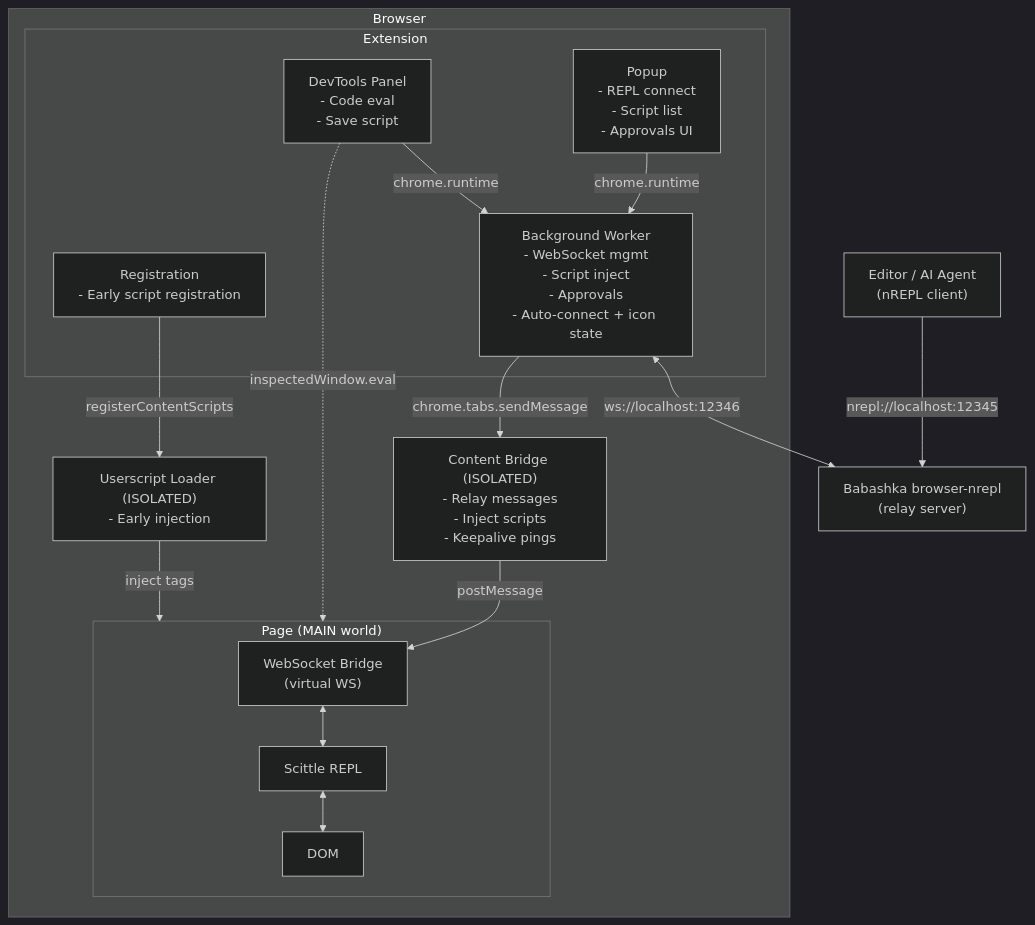
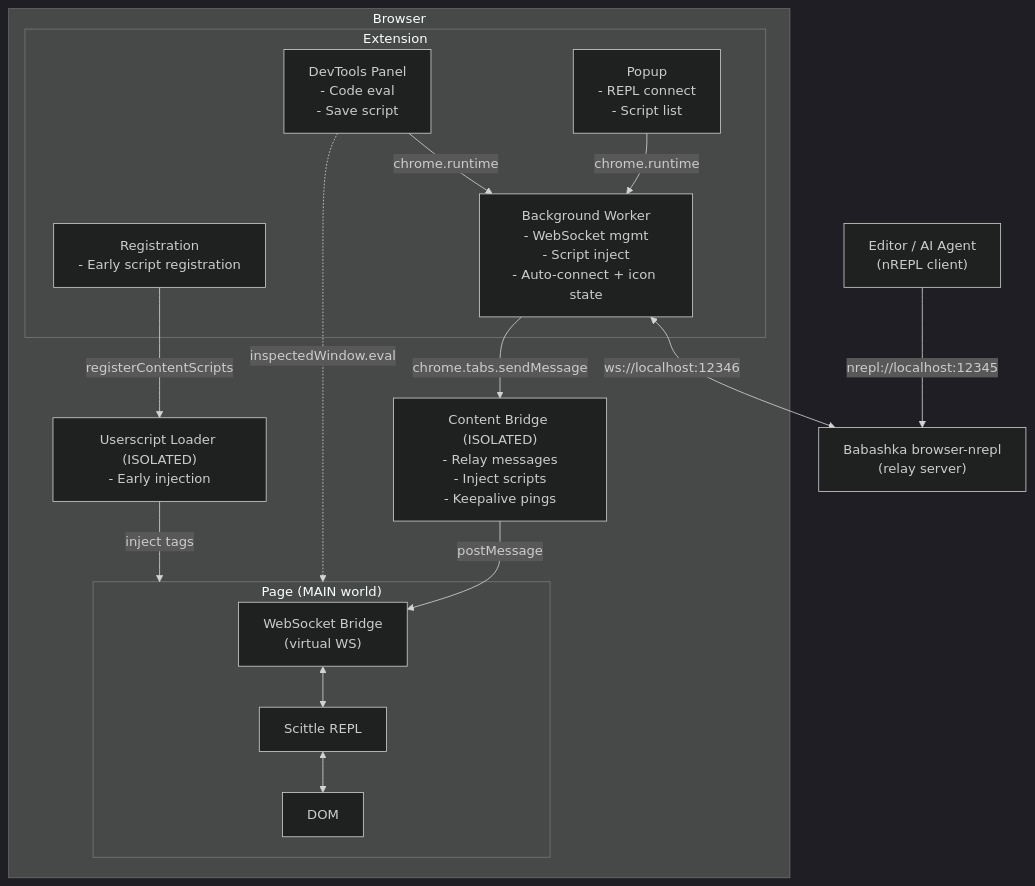
One commit to PEZ/epupp changed the diagram in dev/docs/architecture.md. Above: the diagram before and after it, drawn with Mermaid (dark theme). The commit also changed 15 other files, not shown here.

````diff
--- a/dev/docs/architecture.md
+++ b/dev/docs/architecture.md
@@ -20,36 +20,36 @@
 ```mermaid
 flowchart TB
     subgraph Browser
         subgraph Extension
-            BG["Background Worker<br/>- WebSocket mgmt<br/>- Script inject<br/>- Approvals<br/>- Auto-connect + icon state"]
+            BG["Background Worker<br/>- WebSocket mgmt<br/>- Script inject<br/>- Auto-connect + icon state"]
             Reg["Registration<br/>- Early script registration"]
-            Popup["Popup<br/>- REPL connect<br/>- Script list<br/>- Approvals UI"]
+            Popup["Popup<br/>- REPL connect<br/>- Script list"]
             Panel["DevTools Panel<br/>- Code eval<br/>- Save script"]
 
             Popup -->|"chrome.runtime"| BG
             Panel -->|"chrome.runtime"| BG
         end
 
         CB["Content Bridge (ISOLATED)<br/>- Relay messages<br/>- Inject scripts<br/>- Keepalive pings"]
         Loader["Userscript Loader (ISOLATED)<br/>- Early injection"]
         BG -->|"chrome.tabs.sendMessage"| CB
         Reg -->|"registerContentScripts"| Loader
         Panel -.->|"inspectedWindow.eval"| Page
 
         subgraph Page["Page (MAIN world)"]
             WSB["WebSocket Bridge<br/>(virtual WS)"]
             Scittle["Scittle REPL"]
             DOM["DOM"]
             WSB <--> Scittle <--> DOM
         end
 
         CB -->|"postMessage"| WSB
         Loader -->|"inject tags"| Page
     end
 
     Relay["Babashka browser-nrepl<br/>(relay server)"]
     Editor["Editor / AI Agent<br/>(nREPL client)"]
 
     BG <-->|"ws://localhost:12346"| Relay
     Editor -->|"nrepl://localhost:12345"| Relay
 ```
````
